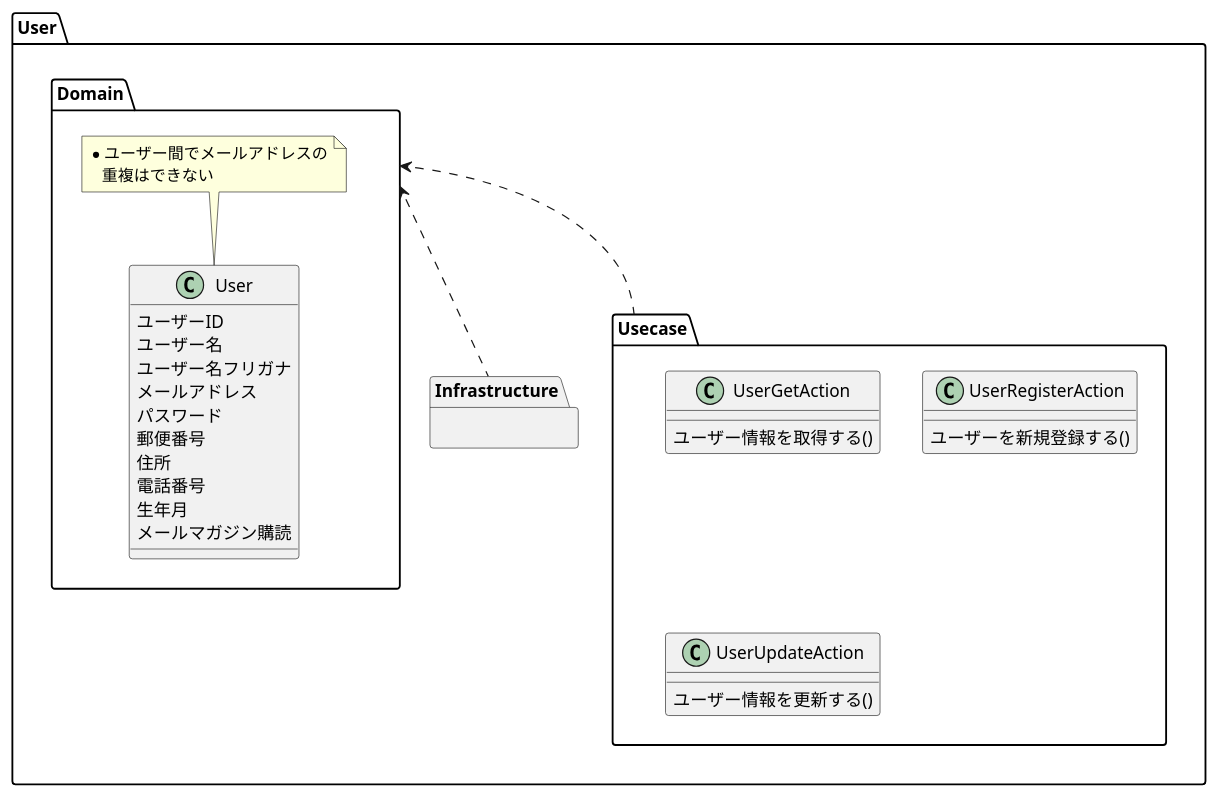
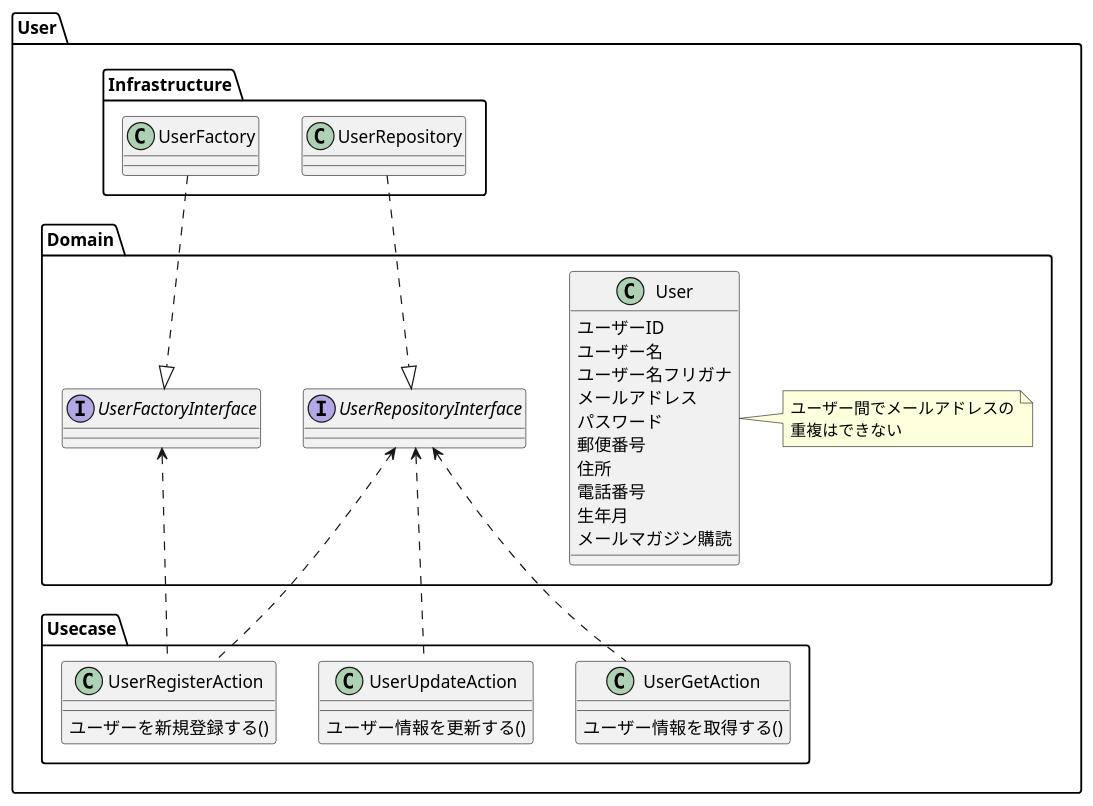
One commit to coffee-r/practice-ec-webapi1 changed the diagram in documents/クラス図/User.pu. Above: the diagram before and after it, drawn with PlantUML. The commit also changed 1 other file, not shown here.

Commit message:
[fix] クラス図

```diff
--- a/documents/クラス図/User.pu
+++ b/documents/クラス図/User.pu
@@ -1,41 +1,62 @@
 @startuml practice-ec-webapi
 
 package User{
     package Domain{
 
         class User{
             ユーザーID
             ユーザー名
             ユーザー名フリガナ
             メールアドレス
             パスワード
             郵便番号
             住所
             電話番号
             生年月
             メールマガジン購読
         }
 
-        note top of User : * ユーザー間でメールアドレスの\n   重複はできない
-       
+        note right of User : ユーザー間でメールアドレスの\n重複はできない
+
+
+        interface UserRepositoryInterface{
+
+        }
+
+        interface UserFactoryInterface{
+            
+        } 
     }
+
     package Usecase{
         class UserGetAction{
             ユーザー情報を取得する()
         }
+        class UserUpdateAction{
+            ユーザー情報を更新する()
+        }
         class UserRegisterAction{
             ユーザーを新規登録する()
         }
-        class UserUpdateAction{
-            ユーザー情報を更新する()
-        }
-    }
-    package Infrastructure{
+
+        UserRepositoryInterface <.. UserGetAction
+        UserRepositoryInterface <.. UserUpdateAction
+        UserRepositoryInterface <.. UserRegisterAction
+        UserFactoryInterface <.. UserRegisterAction
     }
 
-    Domain <.do. Usecase
-    Domain <.do. Infrastructure
+    package Infrastructure{
+        class UserRepository{
+
+        }
+        class UserFactory{
+
+        }
+
+        UserRepository  ..|> UserRepositoryInterface
+        UserFactory ..|> UserFactoryInterface
+    }
 }
    
 
 @enduml
```
